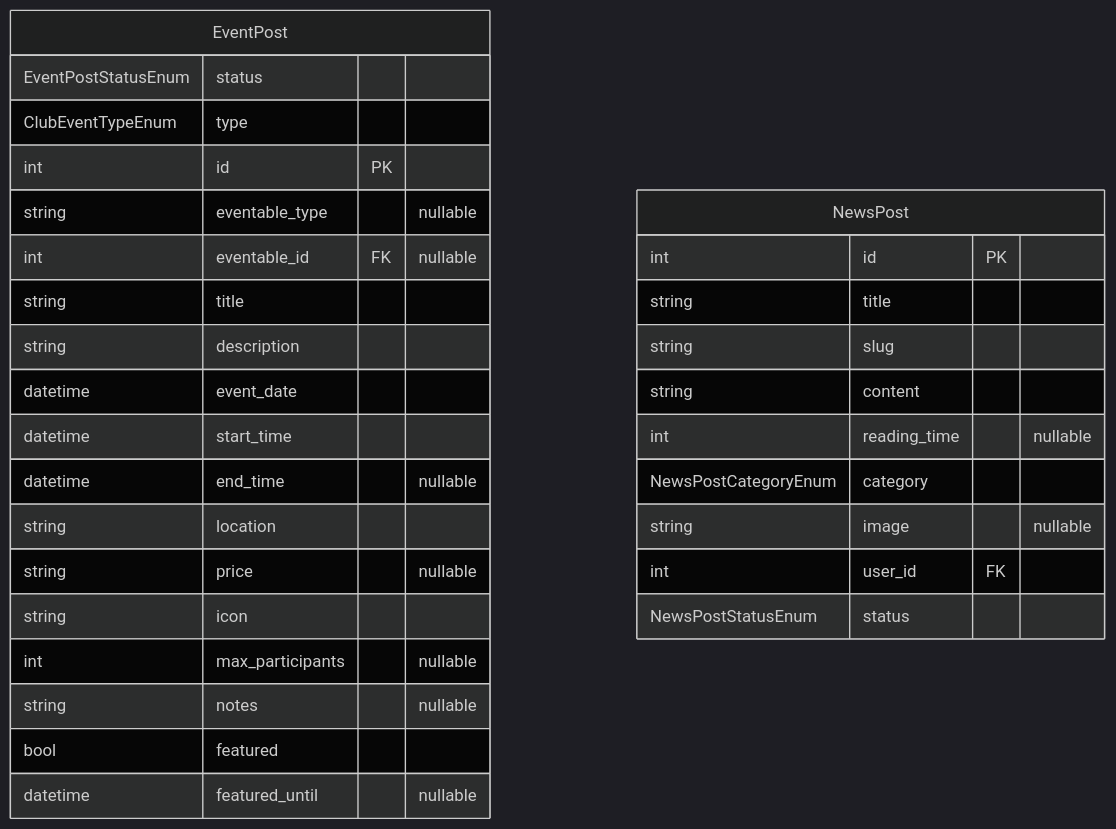
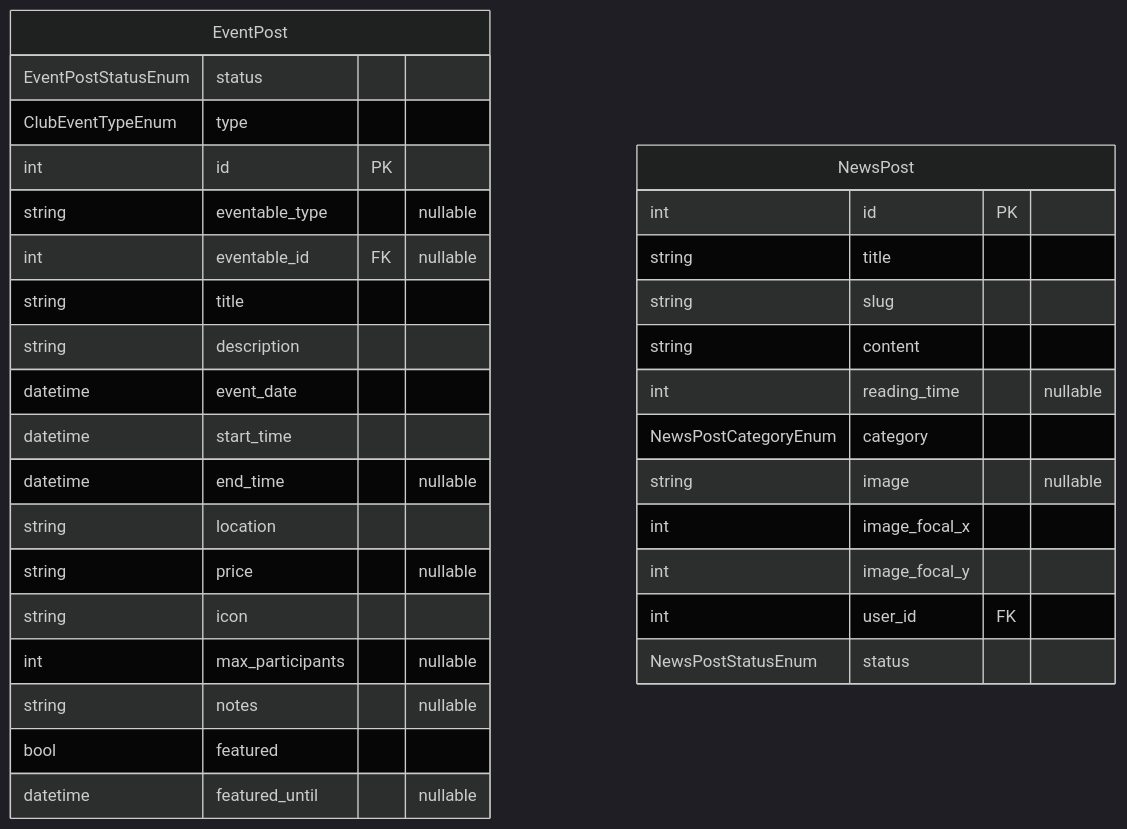
Before and after one commit to Paupoo/tabletennisclub-app: the diagram in docs/erd/clubposts.md, drawn with Mermaid (dark theme). The commit also changed 7 other files, not shown here.

First line of the commit message:
chore(docs): regenerate the ERD, drift included

````diff
--- a/docs/erd/clubposts.md
+++ b/docs/erd/clubposts.md
@@ -3,34 +3,36 @@
 ```mermaid
 erDiagram
     EventPost {
         EventPostStatusEnum status
         ClubEventTypeEnum type
         int id PK
         string eventable_type "nullable"
         int eventable_id FK "nullable"
         string title
         string description
         datetime event_date
         datetime start_time
         datetime end_time "nullable"
         string location
         string price "nullable"
         string icon
         int max_participants "nullable"
         string notes "nullable"
         bool featured
         datetime featured_until "nullable"
     }
     NewsPost {
         int id PK
         string title
         string slug
         string content
         int reading_time "nullable"
         NewsPostCategoryEnum category
         string image "nullable"
+        int image_focal_x
+        int image_focal_y
         int user_id FK
         NewsPostStatusEnum status
     }
 
 ```
````
